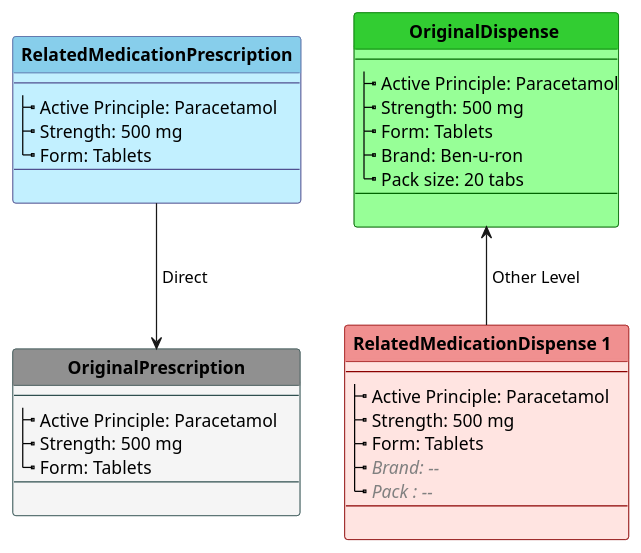
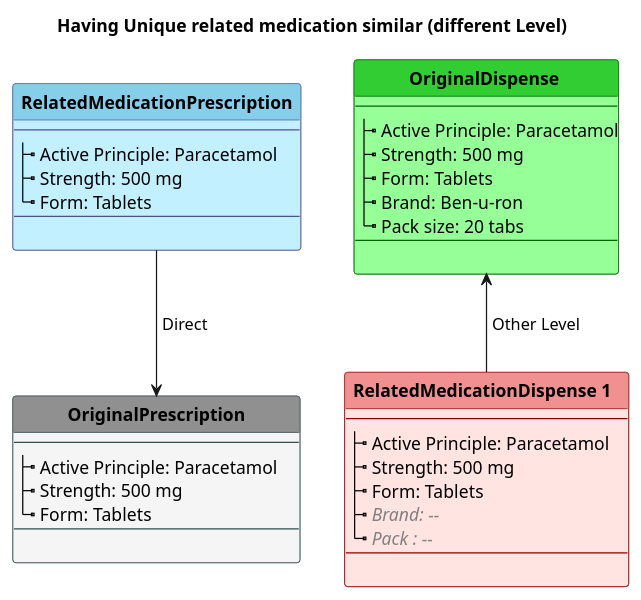
The diagram in input/images-source/usecase1-alternative1.plantuml (joofio/idmed), drawn with PlantUML before and after one commit. The commit also changed 2 other files, not shown here.

```diff
--- a/input/images-source/usecase1-alternative1.plantuml
+++ b/input/images-source/usecase1-alternative1.plantuml
@@ -1,90 +1,91 @@
 @startuml
+title Having Unique related medication similar (different Level)
 hide stereotype
 hide circle
 skinparam linetype polyline
 skinparam shadowing false
 
 
 '!pragma graphviz_dot smetana
 
 skinparam class<<S>> {
  BorderColor DarkSlateGray
  BackgroundColor WhiteSmoke
  HeaderBackgroundColor #909090
 }
 
 skinparam class<<PhP>> {
  BorderColor #505090
  BackgroundColor APPLICATION
  HeaderBackgroundColor SkyBlue
 }
 
 
 
 skinparam class<<MP>> {
  BorderColor DarkGreen
  BackgroundColor PHYSICAL
  HeaderBackgroundColor LimeGreen
 }
 
 
 skinparam class<<PMP>> {
  BorderColor DarkRed
  BackgroundColor MistyRose
  HeaderBackgroundColor #f09090
 }
 
 
 
 
 
     class "**OriginalPrescription**" as S<<S>> {
       --
       |_ Active Principle: Paracetamol     
       |_ Strength: 500 mg    
       |_ Form: Tablets
       --
         
     }
 
     class " **RelatedMedicationPrescription** " as PhP<<PhP>> {
       --
       |_ Active Principle: Paracetamol
       |_ Strength: 500 mg    
       |_ Form: Tablets
       --
       
     }
 
     class " **OriginalDispense ** " as MP<<MP>>{
       --
       |_ Active Principle: Paracetamol
       |_ Strength: 500 mg    
       |_ Form: Tablets
       |_ Brand: Ben-u-ron
       |_ Pack size: 20 tabs
       --
       
     }
 
     class " **RelatedMedicationDispense 1 **  " as PMP<<PMP>>{
       --
       |_ Active Principle: Paracetamol
       |_ Strength: 500 mg    
       |_ Form: Tablets
       |_ <color:gray>//Brand: --//
       |_ <color:gray>//Pack : -- //
       --
      
     }
 
 
 
 
   S <-u- PhP: " Direct"
   
   MP <-d- PMP: " Other Level"
 
 
 
 @enduml
```
